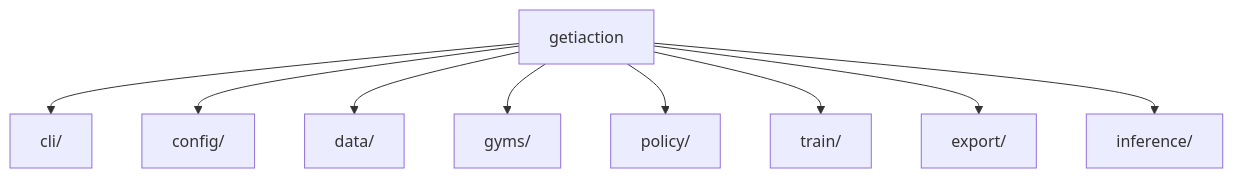
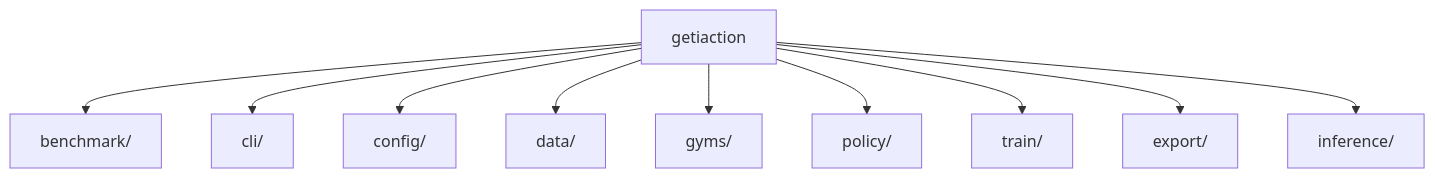
Before and after one commit to open-edge-platform/physical-ai-studio: the diagram in library/docs/design/README.md, drawn with Mermaid. The commit also changed other lines of this file and 5 other files, not shown here.

````diff
--- a/library/docs/design/README.md
+++ b/library/docs/design/README.md
@@ -25,12 +27,13 @@
 ```mermaid
 graph TD
     A["getiaction"]
-    A --> B["cli/"]
-    A --> C["config/"]
-    A --> D["data/"]
-    A --> E["gyms/"]
-    A --> F["policy/"]
-    A --> G["train/"]
-    A --> H["export/"]
-    A --> I["inference/"]
+    A --> B["benchmark/"]
+    A --> C["cli/"]
+    A --> D["config/"]
+    A --> E["data/"]
+    A --> F["gyms/"]
+    A --> G["policy/"]
+    A --> H["train/"]
+    A --> I["export/"]
+    A --> J["inference/"]
 ```
````
